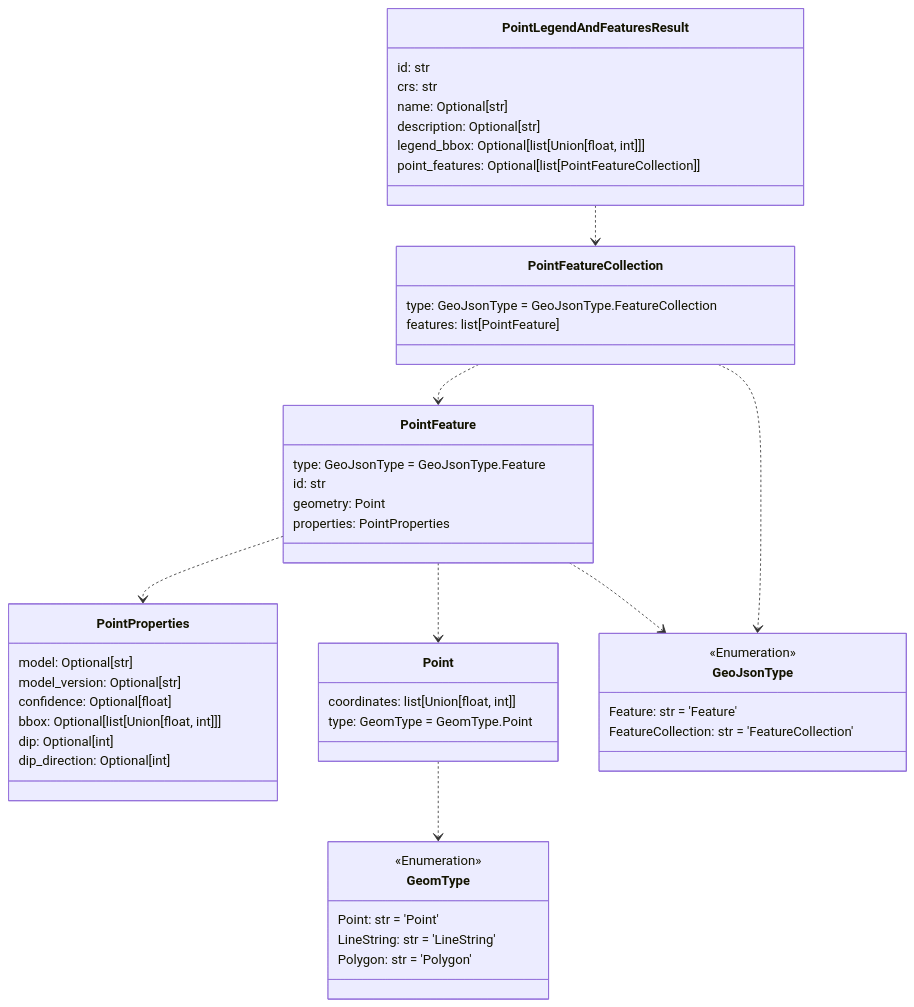
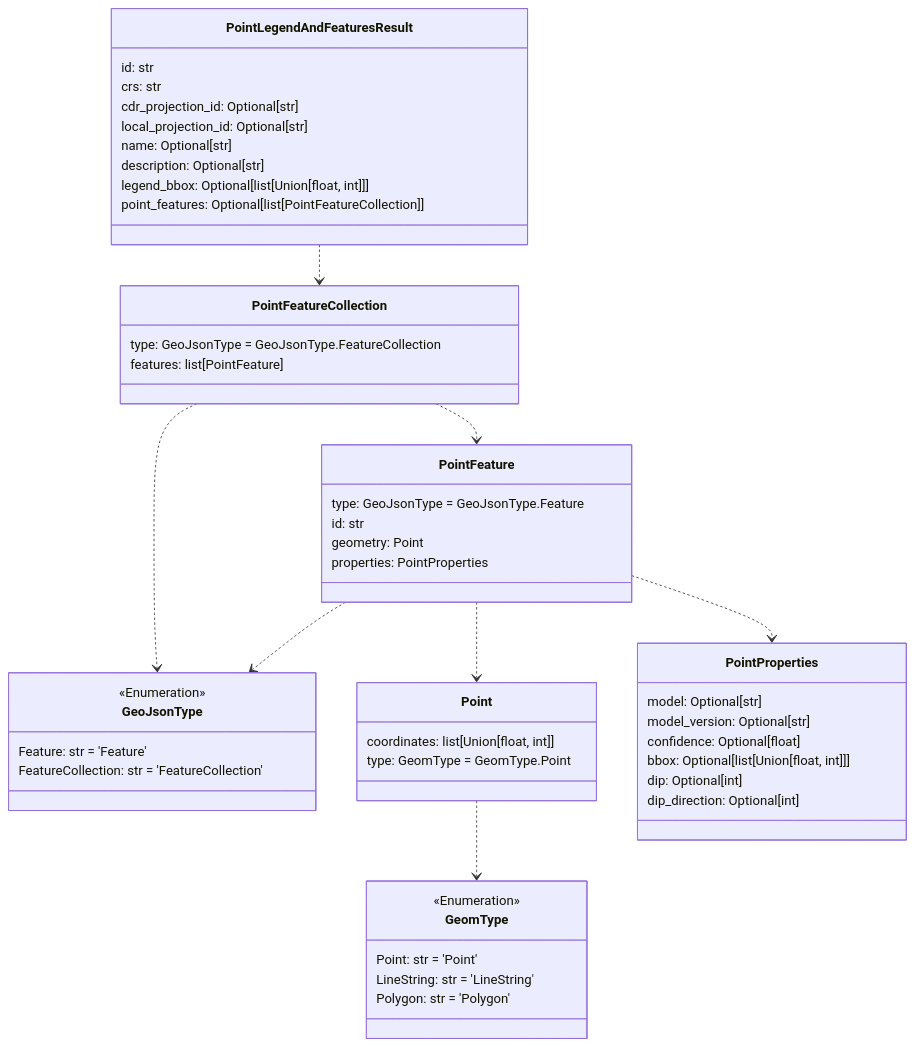
The fourth of 6 diagrams in README.md (DARPA-CRITICALMAAS/cdr_schemas), drawn with Mermaid before and after one commit. The commit also changed other lines of this file and 4 other files, not shown here.

````diff
--- a/README.md
+++ b/README.md
@@ -264,61 +271,63 @@
 ```mermaid
 classDiagram
-
-    class PointProperties {
-        model: Optional[str]
-        model_version: Optional[str]
-        confidence: Optional[float]
-        bbox: Optional[list[Union[float, int]]]
-        dip: Optional[int]
-        dip_direction: Optional[int]
-    }
 
     class PointFeatureCollection {
         type: GeoJsonType = GeoJsonType.FeatureCollection
         features: list[PointFeature]
     }
 
     class Point {
         coordinates: list[Union[float, int]]
         type: GeomType = GeomType.Point
     }
 
     class GeoJsonType {
         <<Enumeration>>
         Feature: str = 'Feature'
         FeatureCollection: str = 'FeatureCollection'
     }
 
-    class PointLegendAndFeaturesResult {
-        id: str
-        crs: str
-        name: Optional[str]
-        description: Optional[str]
-        legend_bbox: Optional[list[Union[float, int]]]
-        point_features: Optional[list[PointFeatureCollection]]
+    class PointProperties {
+        model: Optional[str]
+        model_version: Optional[str]
+        confidence: Optional[float]
+        bbox: Optional[list[Union[float, int]]]
+        dip: Optional[int]
+        dip_direction: Optional[int]
     }
 
     class PointFeature {
         type: GeoJsonType = GeoJsonType.Feature
         id: str
         geometry: Point
         properties: PointProperties
     }
 
     class GeomType {
         <<Enumeration>>
         Point: str = 'Point'
         LineString: str = 'LineString'
         Polygon: str = 'Polygon'
     }
 
+    class PointLegendAndFeaturesResult {
+        id: str
+        crs: str
+        cdr_projection_id: Optional[str]
+        local_projection_id: Optional[str]
+        name: Optional[str]
+        description: Optional[str]
+        legend_bbox: Optional[list[Union[float, int]]]
+        point_features: Optional[list[PointFeatureCollection]]
+    }
+
     Point ..> GeomType
     PointFeature ..> GeoJsonType
+    PointFeature ..> Point
     PointFeature ..> PointProperties
-    PointFeature ..> Point
     PointFeatureCollection ..> GeoJsonType
     PointFeatureCollection ..> PointFeature
     PointLegendAndFeaturesResult ..> PointFeatureCollection
 
 
 ```
````
